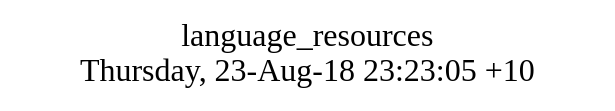
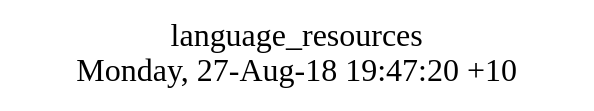
The diagram in src/language_resources/struct.dot (AplaProject/apps), drawn with Graphviz before and after one commit. The commit also changed 10 other files, not shown here.

```diff
--- a/src/language_resources/struct.dot
+++ b/src/language_resources/struct.dot
@@ -1,8 +1,8 @@
 digraph G {
 fontsize="24";
-label="language_resources\nThursday, 23-Aug-18 23:23:05 +10";
+label="language_resources\nMonday, 27-Aug-18 19:47:20 +10";
 nojustify=true;
 ordering=out;
 rankdir=LR;
 size="30";
 }
```
